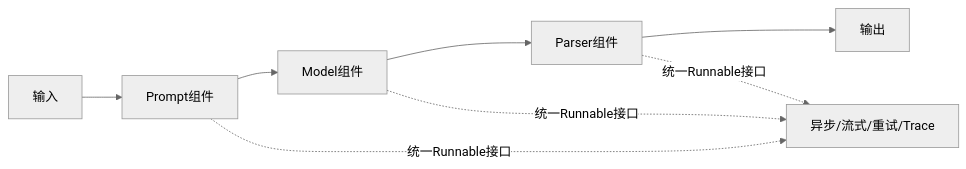
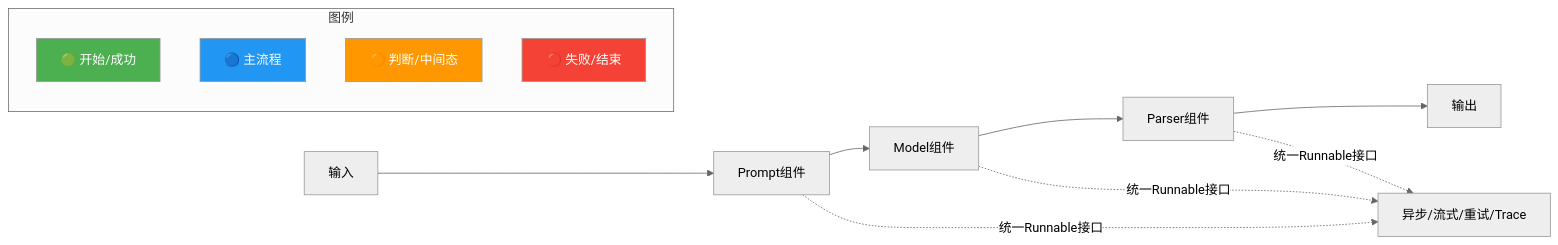
Before and after one commit to SunArthur86/interview-2026: the diagram in questions/ai-harness/ai-h-001.md, drawn with Mermaid (neutral theme). The commit also changed other lines of this file and 3180 other files, not shown here.

First line of the commit message:
Mermaid颜色增强99% + 面试频率分类(高频1571/中频1115/低频461)

````diff
--- a/questions/ai-harness/ai-h-001.md
+++ b/questions/ai-harness/ai-h-001.md
@@ -109,10 +110,29 @@
 ```mermaid
 flowchart LR
+    classDef start fill:#4CAF50,color:#fff
+    classDef process fill:#2196F3,color:#fff
+    classDef decision fill:#FF9800,color:#fff
+    classDef special fill:#9C27B0,color:#fff
+    classDef error fill:#f44336,color:#fff
+    classDef info fill:#607D8B,color:#fff
+    class Cap start
+    class Input process
+    class Model decision
+    class Output special
+    class Parser error
+    class Prompt info
+    class Trace start
     Input[输入] --> Prompt[Prompt组件]
     Prompt --> Model[Model组件]
     Model --> Parser[Parser组件]
     Parser --> Output[输出]
     Prompt -.->|统一Runnable接口| Cap[异步/流式/重试/Trace]
     Model -.->|统一Runnable接口| Cap
     Parser -.->|统一Runnable接口| Cap
+    subgraph Legend["图例"]
+        L1["🟢 开始/成功"]:::start
+        L2["🔵 主流程"]:::process
+        L3["🟠 判断/中间态"]:::decision
+        L4["🔴 失败/结束"]:::error
+    end
 ```
````
